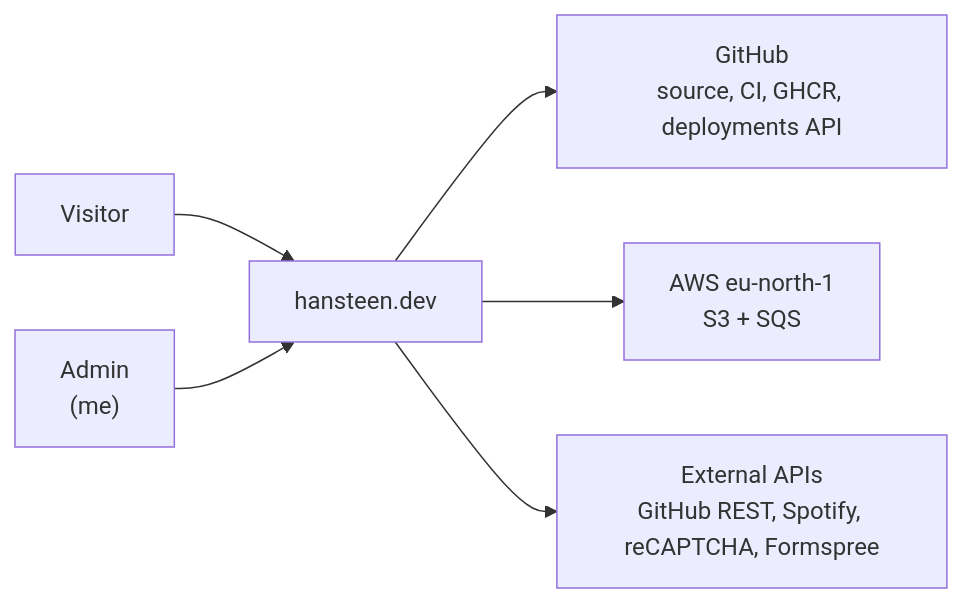
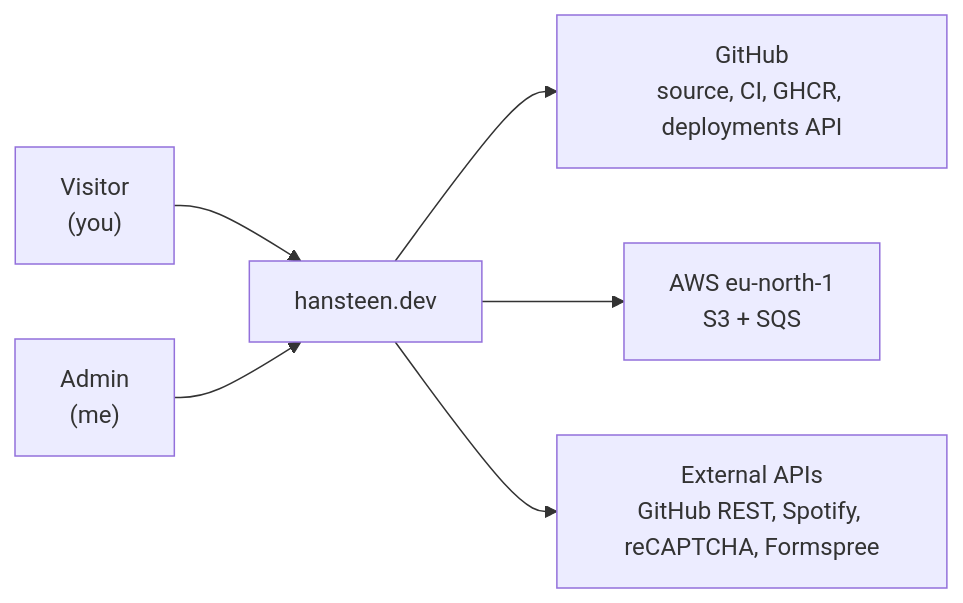
The first of 3 diagrams in README.md (fredrir/portfolio), drawn with Mermaid before and after one commit. The commit also changed other lines of this file and 13 other files, not shown here.

````diff
--- a/README.md
+++ b/README.md
@@ -13,8 +13,8 @@
 ```mermaid
 flowchart LR
-    V["Visitor<br/>"] --> CF["hansteen.dev"]
+    V["Visitor<br/>(you)"] --> CF["hansteen.dev"]
     A["Admin<br/>(me)"] --> CF
     CF --> GH["GitHub<br/>source, CI, GHCR, deployments API"]
     CF --> AWS["AWS eu-north-1<br/>S3 + SQS"]
     CF --> EXT["External APIs<br/>GitHub REST, Spotify, reCAPTCHA, Formspree"]
 ```
````
